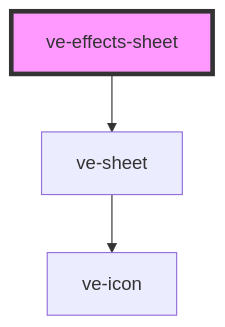
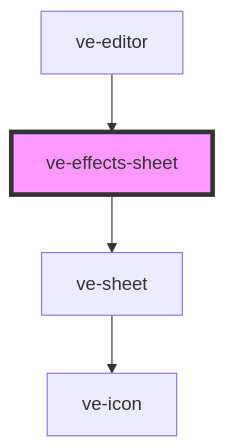
The diagram in src/components/ve-effects-sheet/readme.md (dotnetdreamer/capacitor-video-kit), drawn with Mermaid before and after one commit. The commit also changed other lines of this file and 38 other files, not shown here.

````diff
--- a/src/components/ve-effects-sheet/readme.md
+++ b/src/components/ve-effects-sheet/readme.md
@@ -39,6 +43,7 @@
 ```mermaid
 graph TD;
   ve-effects-sheet --> ve-sheet
   ve-sheet --> ve-icon
+  ve-editor --> ve-effects-sheet
   style ve-effects-sheet fill:#f9f,stroke:#333,stroke-width:4px
 ```
````
